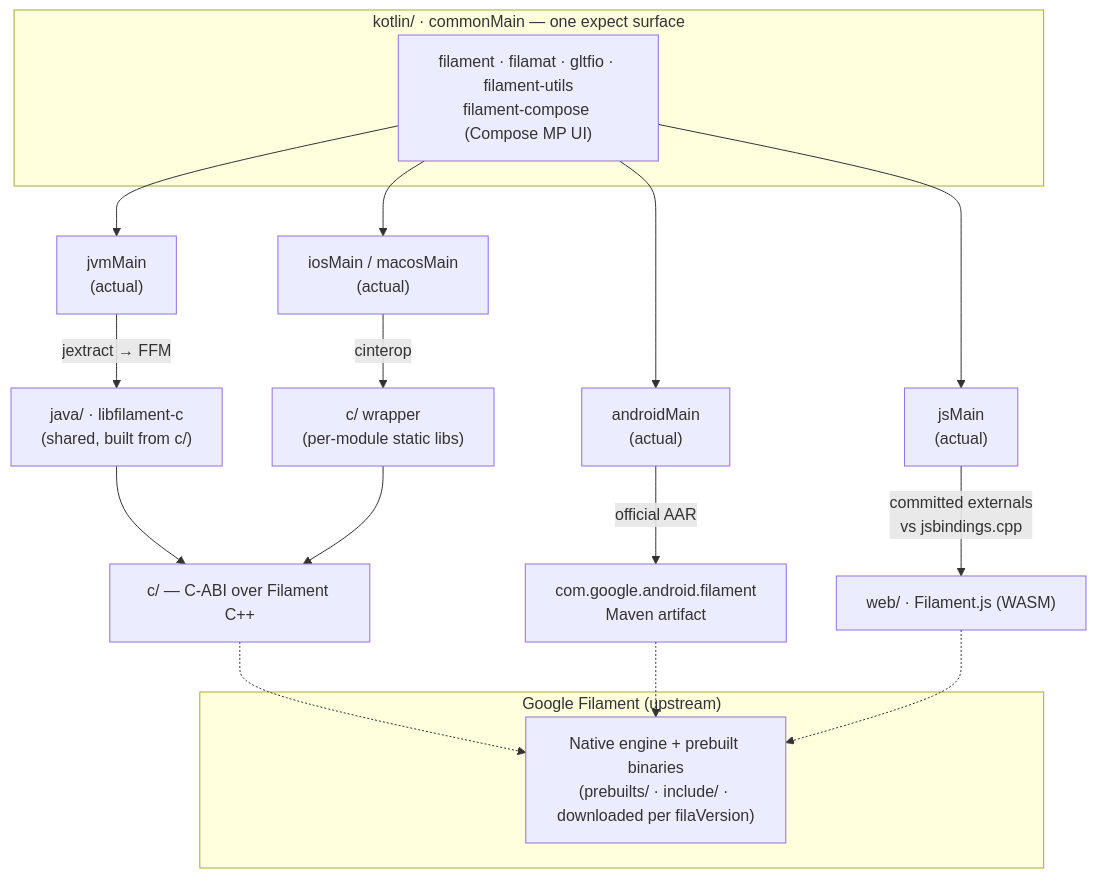
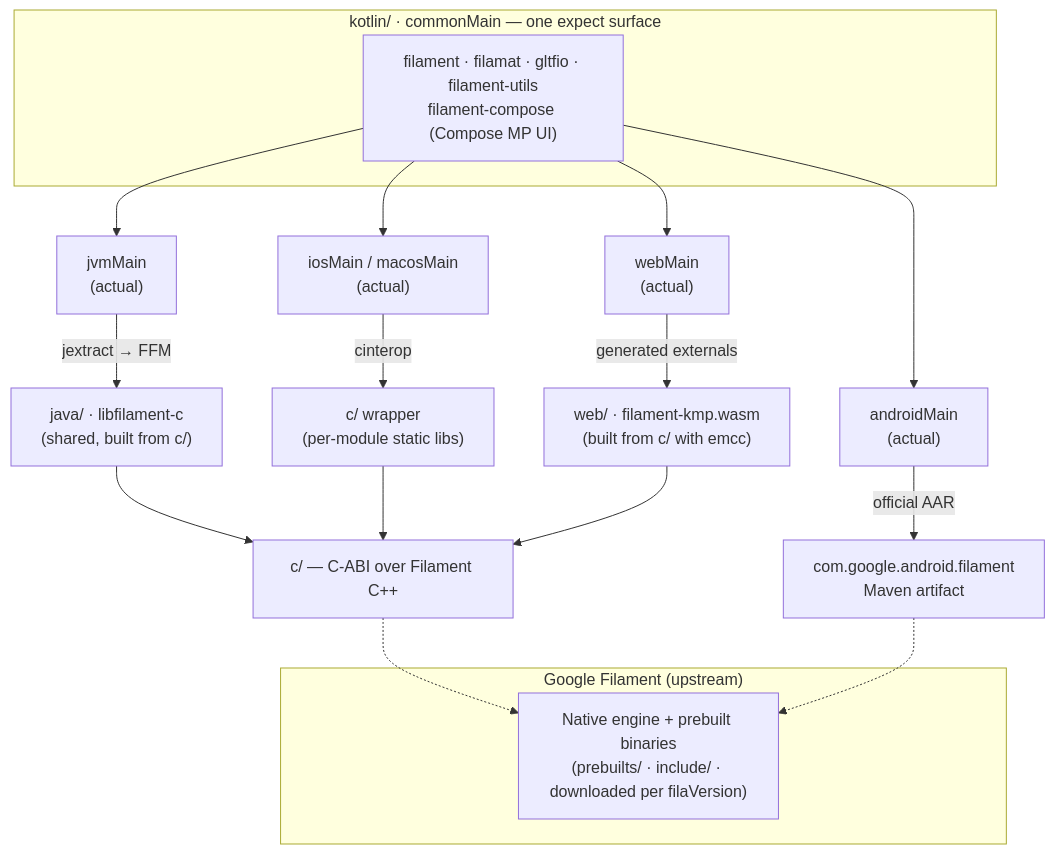
The diagram in docs/repo-structure.md (Erkko68/filament-kmp), drawn with Mermaid before and after one commit. The commit also changed other lines of this file and 17 other files, not shown here.

Commit message:
Document the wasm C API web runtime and its release assets

````diff
--- a/docs/repo-structure.md
+++ b/docs/repo-structure.md
@@ -11,27 +11,27 @@
 ```mermaid
 flowchart TB
     subgraph common["kotlin/ · commonMain — one expect surface"]
         API["filament · filamat · gltfio · filament-utils<br/>filament-compose (Compose MP UI)"]
     end
 
     API --> AND["androidMain<br/>(actual)"]
     API --> JVM["jvmMain<br/>(actual)"]
     API --> NAT["iosMain / macosMain<br/>(actual)"]
-    API --> WEB["jsMain<br/>(actual)"]
+    API --> WEB["webMain<br/>(actual)"]
 
     AND -->|official AAR| MAVEN["com.google.android.filament<br/>Maven artifact"]
     JVM -->|jextract → FFM| FFM["java/ · libfilament-c<br/>(shared, built from c/)"]
     NAT -->|cinterop| CIN["c/ wrapper<br/>(per-module static libs)"]
-    WEB -->|committed externals<br/>vs jsbindings.cpp| JS["web/ · Filament.js (WASM)"]
+    WEB -->|generated externals| JS["web/ · filament-kmp.wasm<br/>(built from c/ with emcc)"]
 
     FFM --> CWRAP["c/ — C-ABI over Filament C++"]
     CIN --> CWRAP
+    JS --> CWRAP
 
     CWRAP -.-> ENGINE
     MAVEN -.-> ENGINE
-    JS -.-> ENGINE
 
     subgraph upstream["Google Filament (upstream)"]
         ENGINE["Native engine + prebuilt binaries<br/>(prebuilts/ · include/ · downloaded per filaVersion)"]
     end
 ```
````
